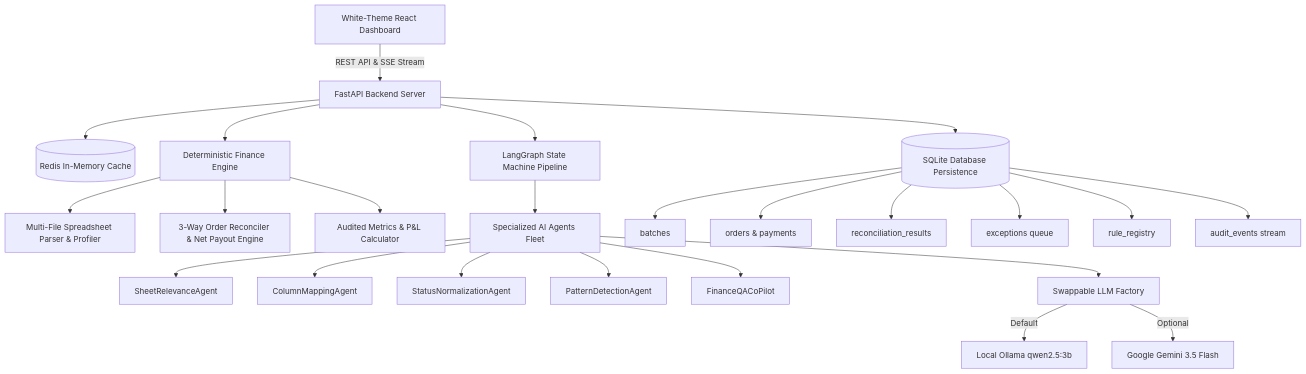
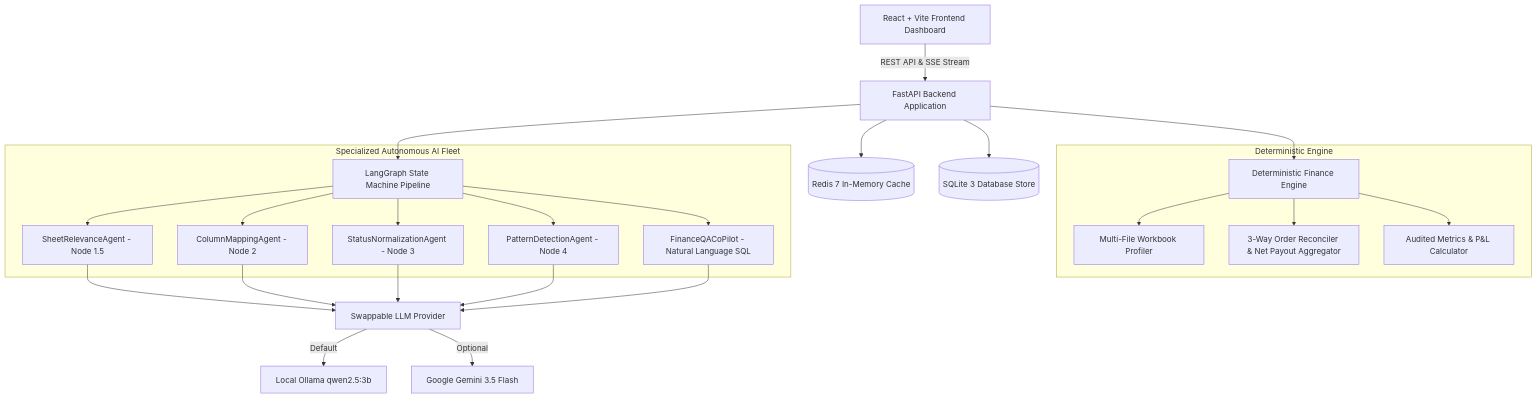
The first of 2 diagrams in README.md (hateem72/reconup-v1), drawn with Mermaid before and after one commit. The commit also changed other lines of this file, not shown here.

Commit message:
docs: restructure README.md with crystal-clear problem statement, SQLite, Redis, swappable LLM, and pipeline architecture

````diff
--- a/README.md
+++ b/README.md
@@ -105,30 +145,27 @@
 ```mermaid
 graph TD
-    UI[White-Theme React Dashboard] -->|REST API & SSE Stream| FastAPI[FastAPI Backend Server]
-    FastAPI --> Redis[(Redis In-Memory Cache)]
-    FastAPI --> Engine[Deterministic Finance Engine]
-    FastAPI --> LangGraph[LangGraph State Machine Pipeline]
+    Client[React + Vite Frontend Dashboard] -->|REST API & SSE Stream| API[FastAPI Backend Application]
     
-    Engine --> Parser[Multi-File Spreadsheet Parser & Profiler]
-    Engine --> Reconciler[3-Way Order Reconciler & Net Payout Engine]
-    Engine --> Metrics[Audited Metrics & P&L Calculator]
+    API --> Redis[(Redis 7 In-Memory Cache)]
+    API --> SQLite[(SQLite 3 Database Store)]
+    API --> Engine[Deterministic Finance Engine]
+    API --> LangGraph[LangGraph State Machine Pipeline]
     
-    LangGraph --> SpecializedAgents[Specialized AI Agents Fleet]
-    SpecializedAgents --> SheetAgent[SheetRelevanceAgent]
-    SpecializedAgents --> MappingAgent[ColumnMappingAgent]
-    SpecializedAgents --> NormalizerAgent[StatusNormalizationAgent]
-    SpecializedAgents --> PatternAgent[PatternDetectionAgent]
-    SpecializedAgents --> QAAgent[FinanceQACoPilot]
+    subgraph Deterministic Engine
+        Engine --> Parser[Multi-File Workbook Profiler]
+        Engine --> Reconciler[3-Way Order Reconciler & Net Payout Aggregator]
+        Engine --> Metrics[Audited Metrics & P&L Calculator]
+    end
     
-    SpecializedAgents --> LLMFactory[Swappable LLM Factory]
+    subgraph Specialized Autonomous AI Fleet
+        LangGraph --> Agent1[SheetRelevanceAgent - Node 1.5]
+        LangGraph --> Agent2[ColumnMappingAgent - Node 2]
+        LangGraph --> Agent3[StatusNormalizationAgent - Node 3]
+        LangGraph --> Agent4[PatternDetectionAgent - Node 4]
+        LangGraph --> Agent5[FinanceQACoPilot - Natural Language SQL]
+    end
+    
+    Agent1 & Agent2 & Agent3 & Agent4 & Agent5 --> LLMFactory[Swappable LLM Provider]
     LLMFactory -->|Default| Ollama[Local Ollama qwen2.5:3b]
     LLMFactory -->|Optional| Gemini[Google Gemini 3.5 Flash]
-    
-    FastAPI --> DB[(SQLite Database Persistence)]
-    DB --> Batches[batches]
-    DB --> Orders[orders & payments]
-    DB --> RecResults[reconciliation_results]
-    DB --> Exceptions[exceptions queue]
-    DB --> RuleRegistry[rule_registry]
-    DB --> AuditStream[audit_events stream]
 ```
````
